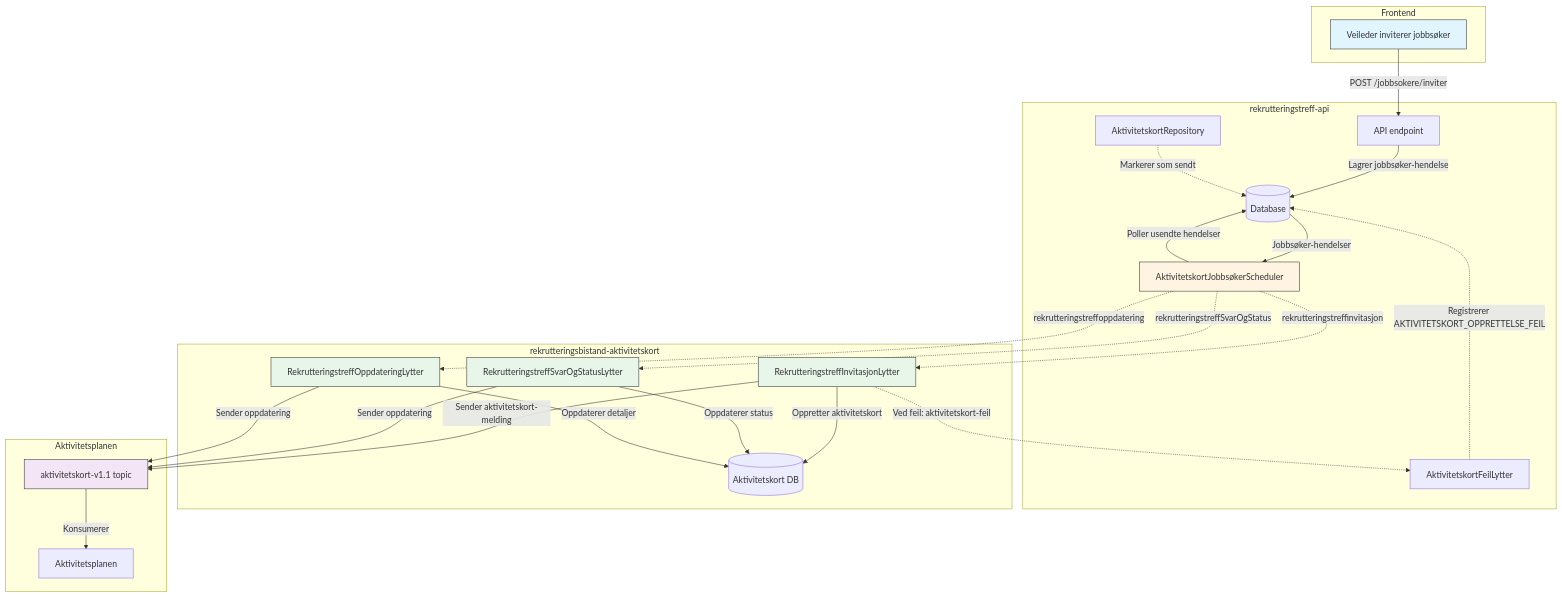
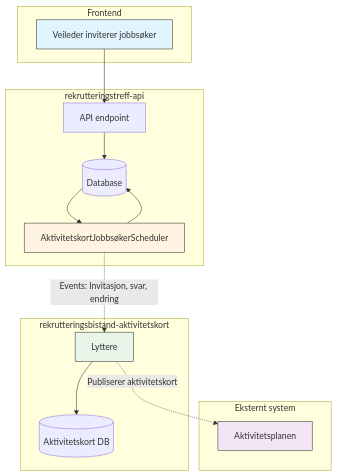
One commit to navikt/rekrutteringstreff-backend changed the diagram in docs/4-integrasjoner/aktivitetskort.md. Above: the diagram before and after it, drawn with Mermaid.

Commit message:
aktivitetskort dok, gi bedre plass i diagrammet

````diff
--- a/docs/4-integrasjoner/aktivitetskort.md
+++ b/docs/4-integrasjoner/aktivitetskort.md
@@ -11,61 +11,39 @@
 ```mermaid
 graph TB
     subgraph Frontend
         UI[Veileder inviterer jobbsøker]
     end
 
     subgraph "rekrutteringstreff-api"
         API[API endpoint]
         DB[(Database)]
         Scheduler[AktivitetskortJobbsøkerScheduler]
-        Repo[AktivitetskortRepository]
-        FeilLytter[AktivitetskortFeilLytter]
     end
 
     subgraph "rekrutteringsbistand-aktivitetskort"
-        InvLytter[RekrutteringstreffInvitasjonLytter]
-        SvarLytter[RekrutteringstreffSvarOgStatusLytter]
-        OppdLytter[RekrutteringstreffOppdateringLytter]
+        Lyttere[Lyttere]
         AktDB[(Aktivitetskort DB)]
     end
 
-    subgraph "Aktivitetsplanen"
-        AKTopic[aktivitetskort-v1.1 topic]
+    subgraph "Eksternt system"
         Aktivitetsplan[Aktivitetsplanen]
     end
 
-    UI -->|POST /jobbsokere/inviter| API
-    API -->|Lagrer jobbsøker-hendelse| DB
+    UI --> API
+    API --> DB
 
-    Scheduler -->|Poller usendte hendelser| DB
-    DB -->|Jobbsøker-hendelser| Scheduler
+    Scheduler --> DB
+    DB --> Scheduler
 
     %% Kafka-flyt (Rapids & Rivers)
     %% Stiplet linje indikerer asynkron kommunikasjon via Kafka
-    Scheduler -.->|rekrutteringstreffinvitasjon| InvLytter
-    Scheduler -.->|rekrutteringstreffSvarOgStatus| SvarLytter
-    Scheduler -.->|rekrutteringstreffoppdatering| OppdLytter
+    Scheduler -.->|Events: Invitasjon, svar, endring| Lyttere
 
-    InvLytter -->|Oppretter aktivitetskort| AktDB
-    InvLytter -->|Sender aktivitetskort-melding| AKTopic
-
-    SvarLytter -->|Oppdaterer status| AktDB
-    SvarLytter -->|Sender oppdatering| AKTopic
-
-    OppdLytter -->|Oppdaterer detaljer| AktDB
-    OppdLytter -->|Sender oppdatering| AKTopic
-
-    AKTopic -->|Konsumerer| Aktivitetsplan
-
-    InvLytter -.->|Ved feil: aktivitetskort-feil| FeilLytter
-    FeilLytter -.->|Registrerer AKTIVITETSKORT_OPPRETTELSE_FEIL| DB
-
-    Repo -.->|Markerer som sendt| DB
+    Lyttere --> AktDB
+    Lyttere -.->|Publiserer aktivitetskort| Aktivitetsplan
 
     style UI fill:#e1f5ff,color:#333,stroke:#333
     style Scheduler fill:#fff4e1,color:#333,stroke:#333
-    style InvLytter fill:#e8f5e9,color:#333,stroke:#333
-    style SvarLytter fill:#e8f5e9,color:#333,stroke:#333
-    style OppdLytter fill:#e8f5e9,color:#333,stroke:#333
-    style AKTopic fill:#f3e5f5,color:#333,stroke:#333
+    style Lyttere fill:#e8f5e9,color:#333,stroke:#333
+    style Aktivitetsplan fill:#f3e5f5,color:#333,stroke:#333
 ```
````
